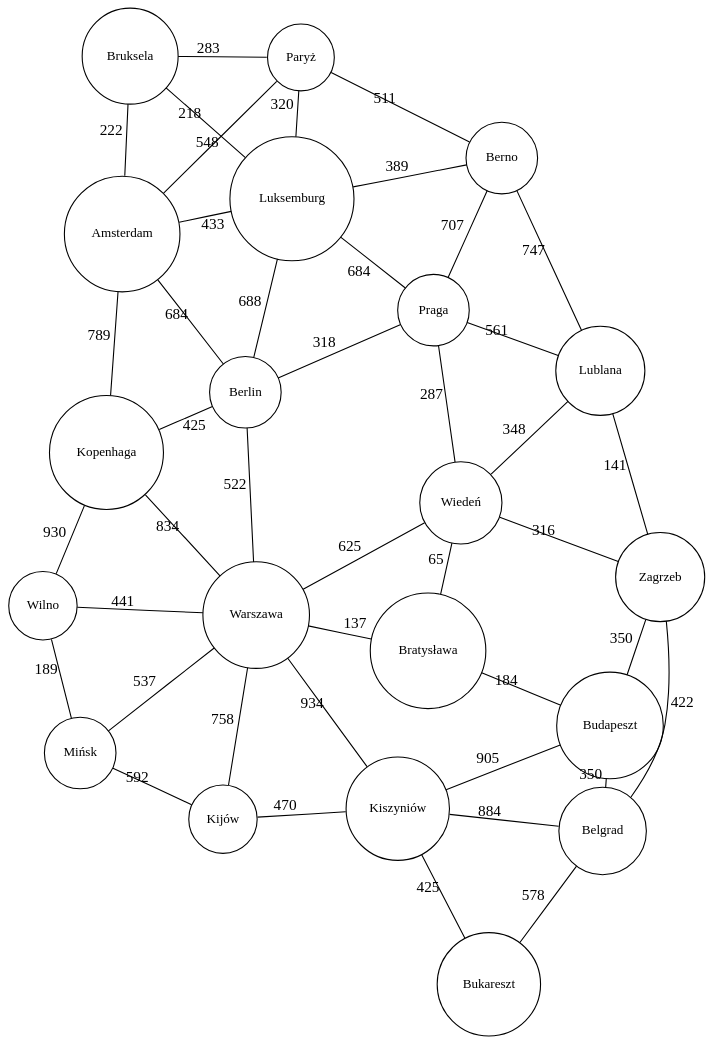
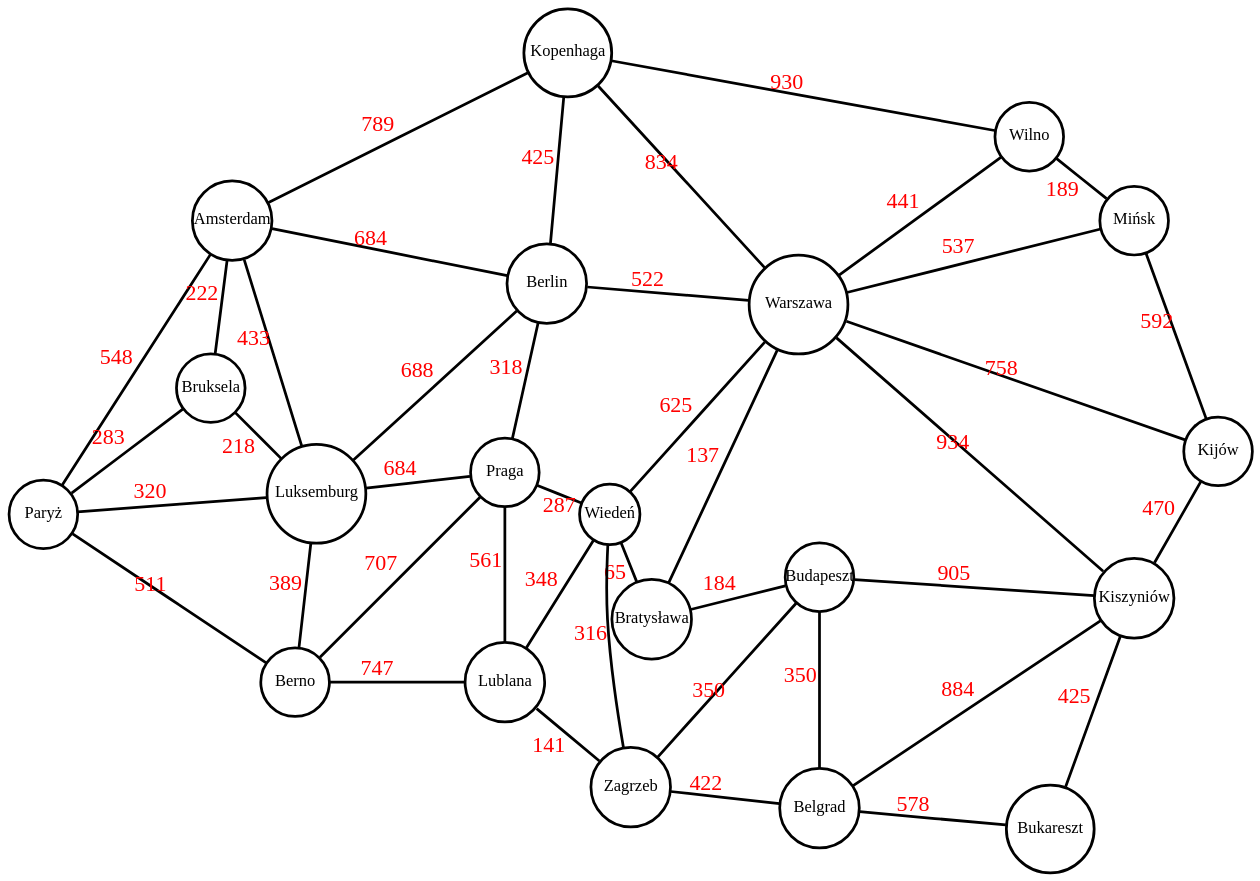
The diagram in stolice.dot (antoni-kuczynski/Dsa_Lab), drawn with Graphviz before and after one commit. The commit also changed 22 other files, not shown here.

```diff
--- a/stolice.dot
+++ b/stolice.dot
@@ -1,50 +1,73 @@
 graph Cities {
+    size="20.000,11.250!";
+    ratio=fixed;
     layout=neato;
     overlap=false;
     splines=true;
     node [shape=circle, fontsize=12];
-    graph [bgcolor="transparent", background=""];
+    graph [bgcolor="transparent"];
 
-    "Amsterdam" -- "Berlin" [label=684];
-    "Amsterdam" -- "Bruksela" [label=222];
-    "Amsterdam" -- "Kopenhaga" [label=789];
-    "Amsterdam" -- "Luksemburg" [label=433];
-    "Amsterdam" -- "Paryż" [label=548];
-    "Belgrad" -- "Budapeszt" [label=350];
-    "Belgrad" -- "Bukareszt" [label=578];
-    "Belgrad" -- "Kiszyniów" [label=884];
-    "Belgrad" -- "Zagrzeb" [label=422];
-    "Berlin" -- "Kopenhaga" [label=425];
-    "Berlin" -- "Luksemburg" [label=688];
-    "Berlin" -- "Praga" [label=318];
-    "Berlin" -- "Warszawa" [label=522];
-    "Berno" -- "Lublana" [label=747];
-    "Berno" -- "Luksemburg" [label=389];
-    "Berno" -- "Paryż" [label=511];
-    "Berno" -- "Praga" [label=707];
-    "Bratysława" -- "Budapeszt" [label=184];
-    "Bratysława" -- "Warszawa" [label=137];
-    "Bratysława" -- "Wiedeń" [label=65];
-    "Bruksela" -- "Luksemburg" [label=218];
-    "Bruksela" -- "Paryż" [label=283];
-    "Budapeszt" -- "Kiszyniów" [label=905];
-    "Budapeszt" -- "Zagrzeb" [label=350];
-    "Bukareszt" -- "Kiszyniów" [label=425];
-    "Kijów" -- "Kiszyniów" [label=470];
-    "Kijów" -- "Mińsk" [label=592];
-    "Kijów" -- "Warszawa" [label=758];
-    "Kiszyniów" -- "Warszawa" [label=934];
-    "Kopenhaga" -- "Warszawa" [label=834];
-    "Kopenhaga" -- "Wilno" [label=930];
-    "Lublana" -- "Praga" [label=561];
-    "Lublana" -- "Wiedeń" [label=348];
-    "Lublana" -- "Zagrzeb" [label=141];
-    "Luksemburg" -- "Paryż" [label=320];
-    "Luksemburg" -- "Praga" [label=684];
-    "Mińsk" -- "Warszawa" [label=537];
-    "Mińsk" -- "Wilno" [label=189];
-    "Praga" -- "Wiedeń" [label=287];
-    "Warszawa" -- "Wiedeń" [label=625];
-    "Warszawa" -- "Wilno" [label=441];
-    "Wiedeń" -- "Zagrzeb" [label=316];
+    "Belgrad" [pos="502.5125628140704,405.0101252531314!", width=0.400, height=0.400, fixedsize=true, fontsize=6];
+    "Wilno" [pos="577.5144378609466,645.0161254031351!", width=0.350, height=0.350, fixedsize=true, fontsize=6];
+    "Berno" [pos="315.0078751968799,450.01125028125705!", width=0.350, height=0.350, fixedsize=true, fontsize=6];
+    "Kijów" [pos="645.0161254031351,532.5133128328208!", width=0.350, height=0.350, fixedsize=true, fontsize=6];
+    "Warszawa" [pos="495.0123753093828,585.0146253656342!", width=0.500, height=0.500, fixedsize=true, fontsize=6];
+    "Praga" [pos="390.0097502437561,525.0131253281332!", width=0.350, height=0.350, fixedsize=true, fontsize=6];
+    "Berlin" [pos="405.0101252531314,592.5148128703217!", width=0.400, height=0.400, fixedsize=true, fontsize=6];
+    "Luksemburg" [pos="322.50806270156755,517.5129378234457!", width=0.500, height=0.500, fixedsize=true, fontsize=6];
+    "Kopenhaga" [pos="412.51031275781895,675.0168754218856!", width=0.450, height=0.450, fixedsize=true, fontsize=6];
+    "Paryż" [pos="225.00562514062852,510.012750318758!", width=0.350, height=0.350, fixedsize=true, fontsize=6];
+    "Mińsk" [pos="615.0153753843847,615.0153753843847!", width=0.350, height=0.350, fixedsize=true, fontsize=6];
+    "Kiszyniów" [pos="615.0153753843847,480.0120003000075!", width=0.400, height=0.400, fixedsize=true, fontsize=6];
+    "Bukareszt" [pos="585.0146253656342,397.50993774844375!", width=0.450, height=0.450, fixedsize=true, fontsize=6];
+    "Amsterdam" [pos="292.5073126828171,615.0153753843847!", width=0.400, height=0.400, fixedsize=true, fontsize=6];
+    "Budapeszt" [pos="502.5125628140704,487.51218780469515!", width=0.350, height=0.350, fixedsize=true, fontsize=6];
+    "Bratysława" [pos="442.5110627765694,472.5118127953199!", width=0.400, height=0.400, fixedsize=true, fontsize=6];
+    "Bruksela" [pos="285.00712517812946,555.0138753468837!", width=0.350, height=0.350, fixedsize=true, fontsize=6];
+    "Lublana" [pos="390.0097502437561,450.01125028125705!", width=0.400, height=0.400, fixedsize=true, fontsize=6];
+    "Wiedeń" [pos="427.5106877671942,510.012750318758!", width=0.300, height=0.300, fixedsize=true, fontsize=6];
+    "Zagrzeb" [pos="435.01087527188184,412.51031275781895!", width=0.400, height=0.400, fixedsize=true, fontsize=6];
+
+    "Amsterdam" -- "Berlin" [label=684 fontsize=8 fontcolor="red", fontname="Helvetica Bold"];
+    "Amsterdam" -- "Bruksela" [label=222 fontsize=8 fontcolor="red", fontname="Helvetica Bold"];
+    "Amsterdam" -- "Kopenhaga" [label=789 fontsize=8 fontcolor="red", fontname="Helvetica Bold"];
+    "Amsterdam" -- "Luksemburg" [label=433 fontsize=8 fontcolor="red", fontname="Helvetica Bold"];
+    "Amsterdam" -- "Paryż" [label=548 fontsize=8 fontcolor="red", fontname="Helvetica Bold"];
+    "Belgrad" -- "Budapeszt" [label=350 fontsize=8 fontcolor="red", fontname="Helvetica Bold"];
+    "Belgrad" -- "Bukareszt" [label=578 fontsize=8 fontcolor="red", fontname="Helvetica Bold"];
+    "Belgrad" -- "Kiszyniów" [label=884 fontsize=8 fontcolor="red", fontname="Helvetica Bold"];
+    "Belgrad" -- "Zagrzeb" [label=422 fontsize=8 fontcolor="red", fontname="Helvetica Bold"];
+    "Berlin" -- "Kopenhaga" [label=425 fontsize=8 fontcolor="red", fontname="Helvetica Bold"];
+    "Berlin" -- "Luksemburg" [label=688 fontsize=8 fontcolor="red", fontname="Helvetica Bold"];
+    "Berlin" -- "Praga" [label=318 fontsize=8 fontcolor="red", fontname="Helvetica Bold"];
+    "Berlin" -- "Warszawa" [label=522 fontsize=8 fontcolor="red", fontname="Helvetica Bold"];
+    "Berno" -- "Lublana" [label=747 fontsize=8 fontcolor="red", fontname="Helvetica Bold"];
+    "Berno" -- "Luksemburg" [label=389 fontsize=8 fontcolor="red", fontname="Helvetica Bold"];
+    "Berno" -- "Paryż" [label=511 fontsize=8 fontcolor="red", fontname="Helvetica Bold"];
+    "Berno" -- "Praga" [label=707 fontsize=8 fontcolor="red", fontname="Helvetica Bold"];
+    "Bratysława" -- "Budapeszt" [label=184 fontsize=8 fontcolor="red", fontname="Helvetica Bold"];
+    "Bratysława" -- "Warszawa" [label=137 fontsize=8 fontcolor="red", fontname="Helvetica Bold"];
+    "Bratysława" -- "Wiedeń" [label=65 fontsize=8 fontcolor="red", fontname="Helvetica Bold"];
+    "Bruksela" -- "Luksemburg" [label=218 fontsize=8 fontcolor="red", fontname="Helvetica Bold"];
+    "Bruksela" -- "Paryż" [label=283 fontsize=8 fontcolor="red", fontname="Helvetica Bold"];
+    "Budapeszt" -- "Kiszyniów" [label=905 fontsize=8 fontcolor="red", fontname="Helvetica Bold"];
+    "Budapeszt" -- "Zagrzeb" [label=350 fontsize=8 fontcolor="red", fontname="Helvetica Bold"];
+    "Bukareszt" -- "Kiszyniów" [label=425 fontsize=8 fontcolor="red", fontname="Helvetica Bold"];
+    "Kijów" -- "Kiszyniów" [label=470 fontsize=8 fontcolor="red", fontname="Helvetica Bold"];
+    "Kijów" -- "Mińsk" [label=592 fontsize=8 fontcolor="red", fontname="Helvetica Bold"];
+    "Kijów" -- "Warszawa" [label=758 fontsize=8 fontcolor="red", fontname="Helvetica Bold"];
+    "Kiszyniów" -- "Warszawa" [label=934 fontsize=8 fontcolor="red", fontname="Helvetica Bold"];
+    "Kopenhaga" -- "Warszawa" [label=834 fontsize=8 fontcolor="red", fontname="Helvetica Bold"];
+    "Kopenhaga" -- "Wilno" [label=930 fontsize=8 fontcolor="red", fontname="Helvetica Bold"];
+    "Lublana" -- "Praga" [label=561 fontsize=8 fontcolor="red", fontname="Helvetica Bold"];
+    "Lublana" -- "Wiedeń" [label=348 fontsize=8 fontcolor="red", fontname="Helvetica Bold"];
+    "Lublana" -- "Zagrzeb" [label=141 fontsize=8 fontcolor="red", fontname="Helvetica Bold"];
+    "Luksemburg" -- "Paryż" [label=320 fontsize=8 fontcolor="red", fontname="Helvetica Bold"];
+    "Luksemburg" -- "Praga" [label=684 fontsize=8 fontcolor="red", fontname="Helvetica Bold"];
+    "Mińsk" -- "Warszawa" [label=537 fontsize=8 fontcolor="red", fontname="Helvetica Bold"];
+    "Mińsk" -- "Wilno" [label=189 fontsize=8 fontcolor="red", fontname="Helvetica Bold"];
+    "Praga" -- "Wiedeń" [label=287 fontsize=8 fontcolor="red", fontname="Helvetica Bold"];
+    "Warszawa" -- "Wiedeń" [label=625 fontsize=8 fontcolor="red", fontname="Helvetica Bold"];
+    "Warszawa" -- "Wilno" [label=441 fontsize=8 fontcolor="red", fontname="Helvetica Bold"];
+    "Wiedeń" -- "Zagrzeb" [label=316 fontsize=8 fontcolor="red", fontname="Helvetica Bold"];
 }
```
